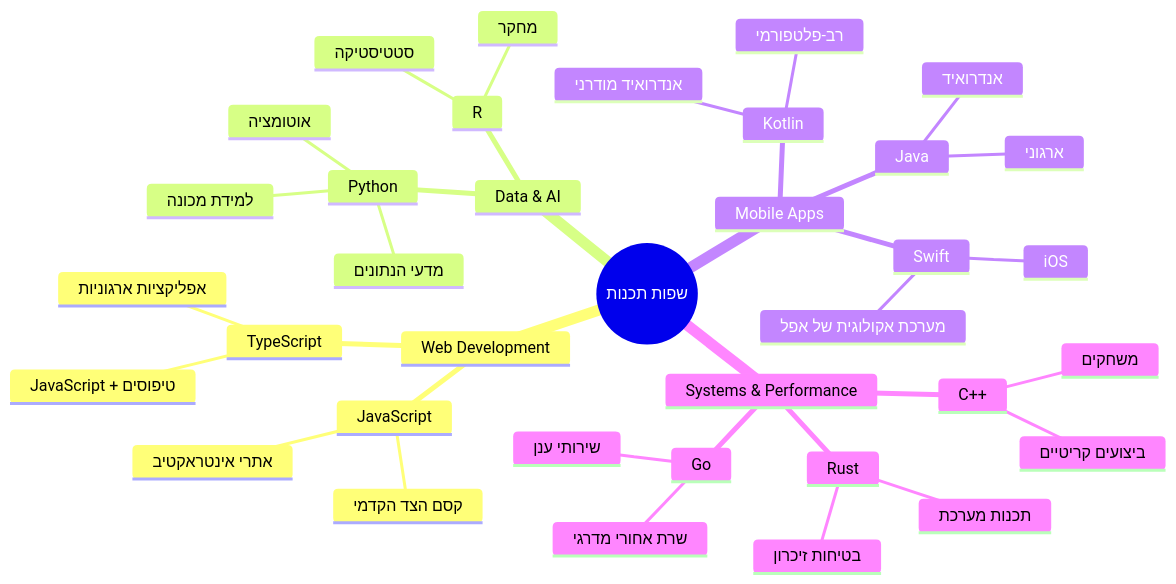
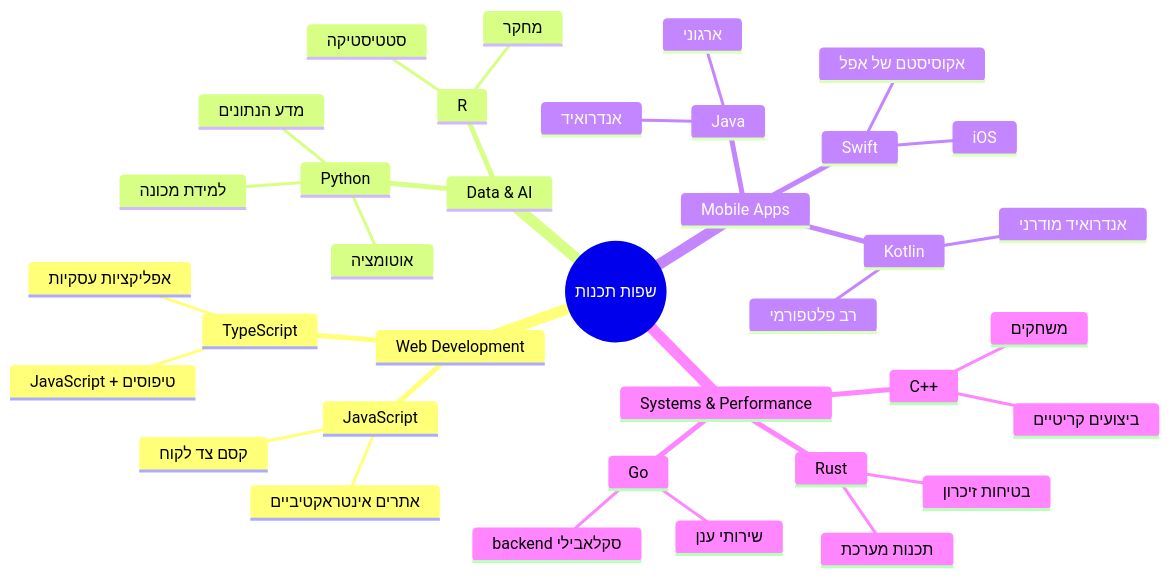
One commit to microsoft/Web-Dev-For-Beginners changed the second of 7 diagrams in translations/he/1-getting-started-lessons/1-intro-to-programming-languages/README.md. Above: the diagram before and after it, drawn with Mermaid. The commit also changed other lines of this file and 8 other files, not shown here.

````diff
--- a/translations/he/1-getting-started-lessons/1-intro-to-programming-languages/README.md
+++ b/translations/he/1-getting-started-lessons/1-intro-to-programming-languages/README.md
@@ -85,39 +85,39 @@
 ```mermaid
 mindmap
   root((שפות תכנות))
     Web Development
       JavaScript
-        קסם הצד הקדמי
-        אתרי אינטראקטיב
+        קסם צד לקוח
+        אתרים אינטראקטיביים
       TypeScript
         JavaScript + טיפוסים
-        אפליקציות ארגוניות
+        אפליקציות עסקיות
     Data & AI
       Python
-        מדעי הנתונים
+        מדע הנתונים
         למידת מכונה
         אוטומציה
       R
         סטטיסטיקה
         מחקר
     Mobile Apps
       Java
         אנדרואיד
         ארגוני
       Swift
         iOS
-        מערכת אקולוגית של אפל
+        אקוסיסטם של אפל
       Kotlin
         אנדרואיד מודרני
-        רב-פלטפורמי
+        רב פלטפורמי
     Systems & Performance
       C++
         משחקים
         ביצועים קריטיים
       Rust
         בטיחות זיכרון
         תכנות מערכת
       Go
         שירותי ענן
-        שרת אחורי מדרגי
+        backend סקלאבילי
 ```
````
